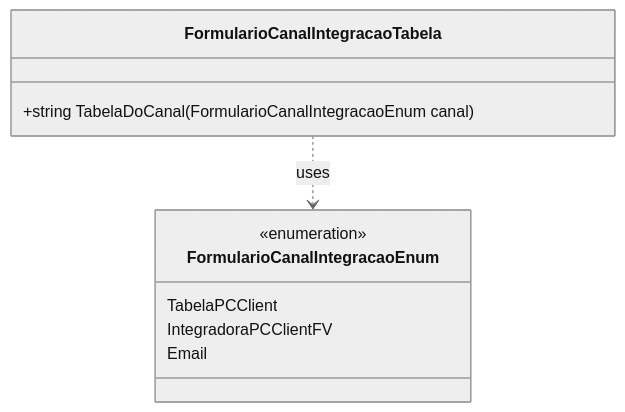
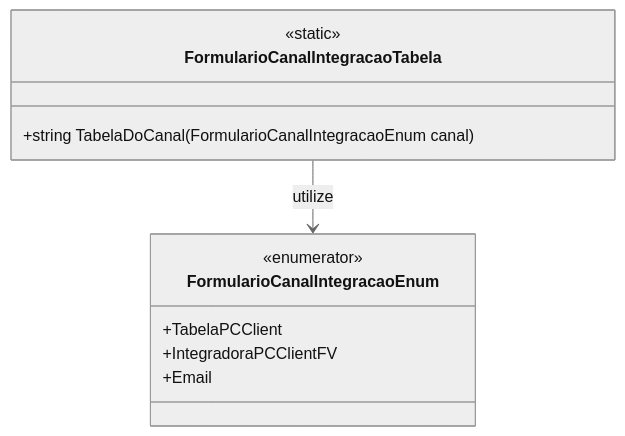
One commit to IsthmusSistemas/documentacao-tecnica changed the second of 2 diagrams in docs/b2b-dominio/IsthmusWinthor.Nucleo/IsthmusWinthor.Dominio/Enumeradores/FormularioCanalIntegracaoEnum.md. Above: the diagram before and after it, drawn with Mermaid (neutral theme). The commit also changed other lines of this file and 882 other files, not shown here.

````diff
--- a/docs/b2b-dominio/IsthmusWinthor.Nucleo/IsthmusWinthor.Dominio/Enumeradores/FormularioCanalIntegracaoEnum.md
+++ b/docs/b2b-dominio/IsthmusWinthor.Nucleo/IsthmusWinthor.Dominio/Enumeradores/FormularioCanalIntegracaoEnum.md
@@ -47,15 +40,15 @@
 ```mermaid
 classDiagram
     class FormularioCanalIntegracaoTabela {
-      +string TabelaDoCanal(FormularioCanalIntegracaoEnum canal)
+        <<static>>
+        +string TabelaDoCanal(FormularioCanalIntegracaoEnum canal)
     }
-    
     class FormularioCanalIntegracaoEnum {
-      <<enumeration>>
-      TabelaPCClient
-      IntegradoraPCClientFV
-      Email
+        <<enumerator>>
+        +TabelaPCClient
+        +IntegradoraPCClientFV
+        +Email
     }
 
-    FormularioCanalIntegracaoTabela ..> FormularioCanalIntegracaoEnum : uses
+    FormularioCanalIntegracaoTabela --> FormularioCanalIntegracaoEnum : utilize
 ```
````
